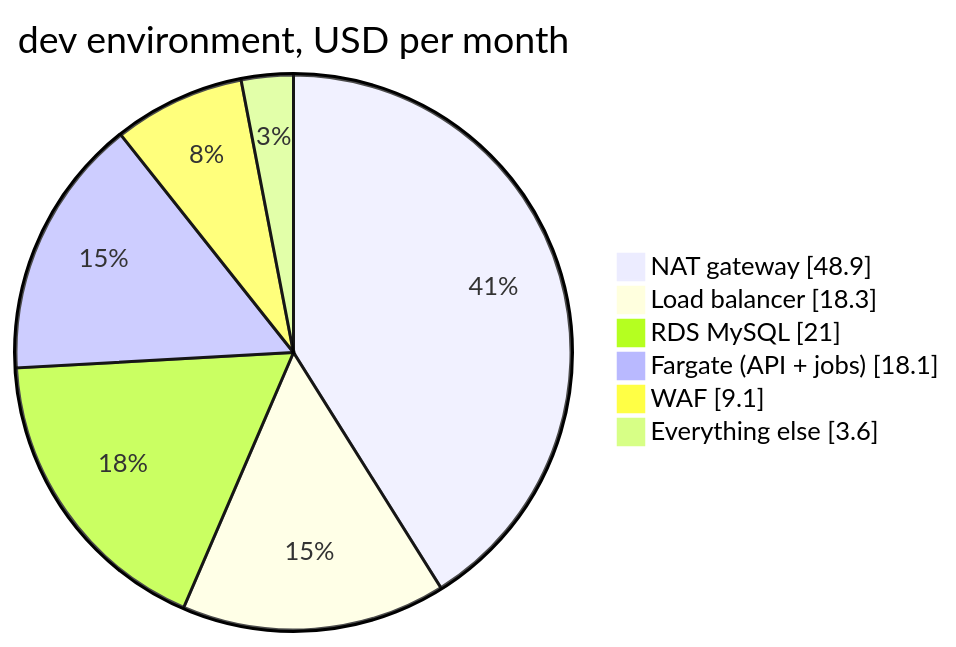
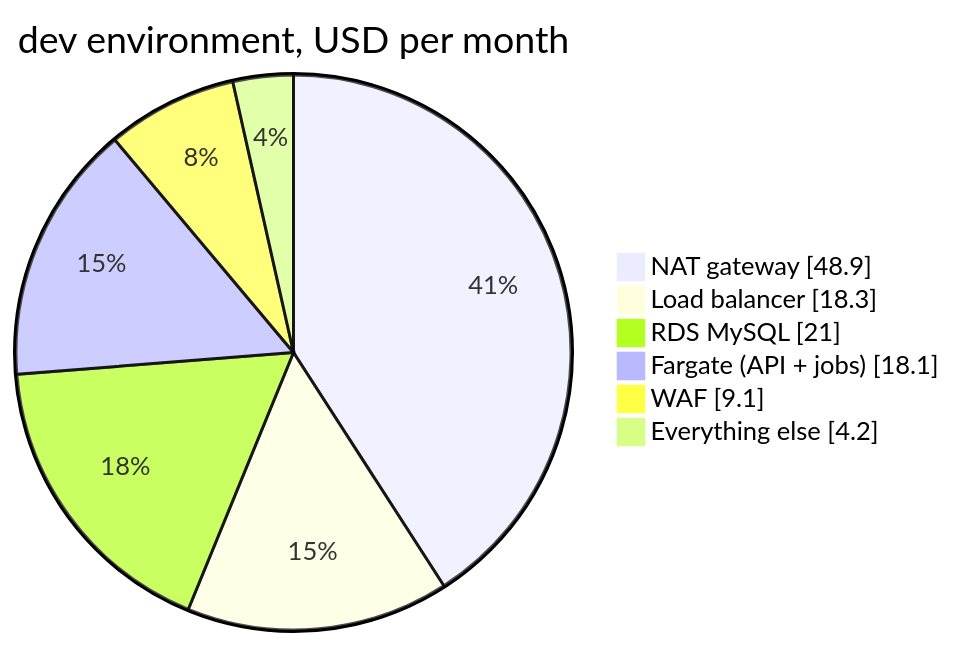
The diagram in docs/costs.md (shadreza/aws-three-tier-cloud-ref-architecture), drawn with Mermaid before and after one commit. The commit also changed 2 other files, not shown here.

Commit message:
docs: fix step 07 references and the cost chart
Also accept any short environment name in the observability stack.

````diff
--- a/docs/costs.md
+++ b/docs/costs.md
@@ -70,10 +70,10 @@
 ```mermaid
 pie showData
     title dev environment, USD per month
     "NAT gateway" : 48.9
     "Load balancer" : 18.3
     "RDS MySQL" : 21.0
     "Fargate (API + jobs)" : 18.1
     "WAF" : 9.1
-    "Everything else" : 3.6
+    "Everything else" : 4.2
 ```
````
